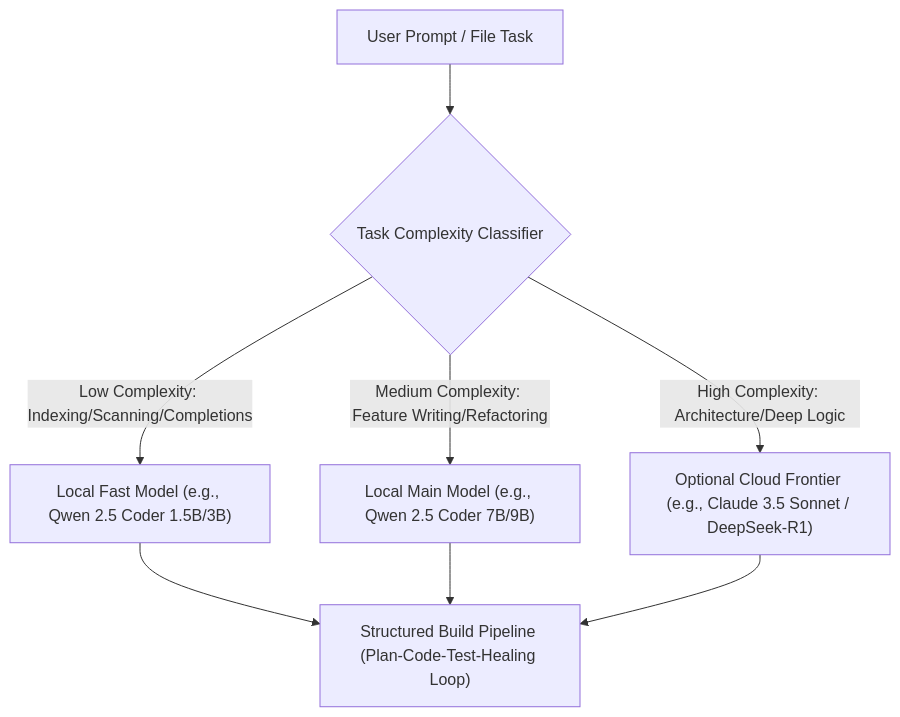
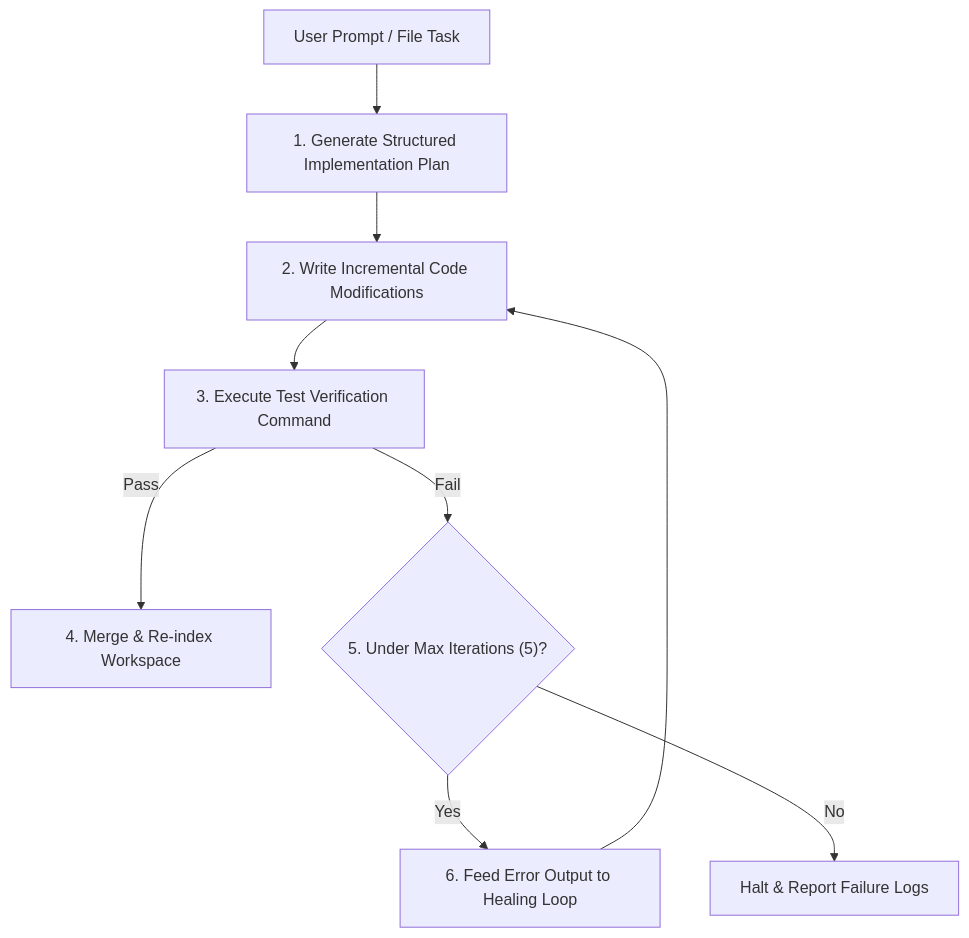
One commit to benevolentshrine/ruthenlabs changed the third of 3 diagrams in unit01/pro_needs.md. Above: the diagram before and after it, drawn with Mermaid. The commit also changed other lines of this file and 33 other files, not shown here.

````diff
--- a/unit01/pro_needs.md
+++ b/unit01/pro_needs.md
@@ -230,12 +230,11 @@
 ```mermaid
 graph TD
-    UserReq["User Prompt / File Task"] --> Classify{"Task Complexity Classifier"}
-
-    Classify -->|Low Complexity: Indexing/Scanning/Completions| LocalFast["Local Fast Model (e.g., Qwen 2.5 Coder 1.5B/3B)"]
-    Classify -->|Medium Complexity: Feature Writing/Refactoring| LocalMain["Local Main Model (e.g., Qwen 2.5 Coder 7B/9B)"]
-    Classify -->|High Complexity: Architecture/Deep Logic| CloudFrontier["Optional Cloud Frontier (e.g., Claude 3.5 Sonnet / DeepSeek-R1)"]
-
-    LocalFast --> Loop["Structured Build Pipeline (Plan-Code-Test-Healing Loop)"]
-    LocalMain --> Loop
-    CloudFrontier --> Loop
+    UserReq["User Prompt / File Task"] --> Plan["1. Generate Structured Implementation Plan"]
+    Plan --> Edit["2. Write Incremental Code Modifications"]
+    Edit --> Test["3. Execute Test Verification Command"]
+    Test -->|Pass| Revert["4. Merge & Re-index Workspace"]
+    Test -->|Fail| Heal{"5. Under Max Iterations (5)?"}
+    Heal -->|Yes| Correct["6. Feed Error Output to Healing Loop"]
+    Correct --> Edit
+    Heal -->|No| Halt["Halt & Report Failure Logs"]
 ```
````
